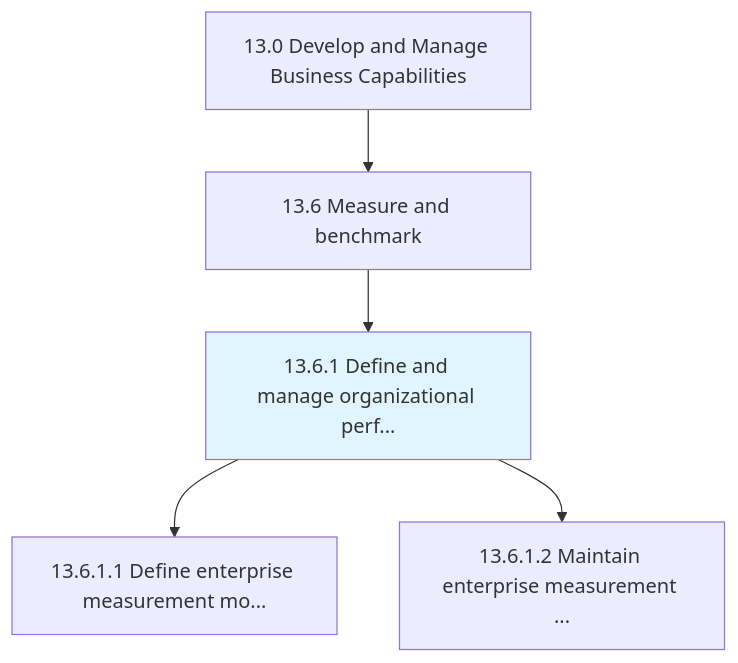
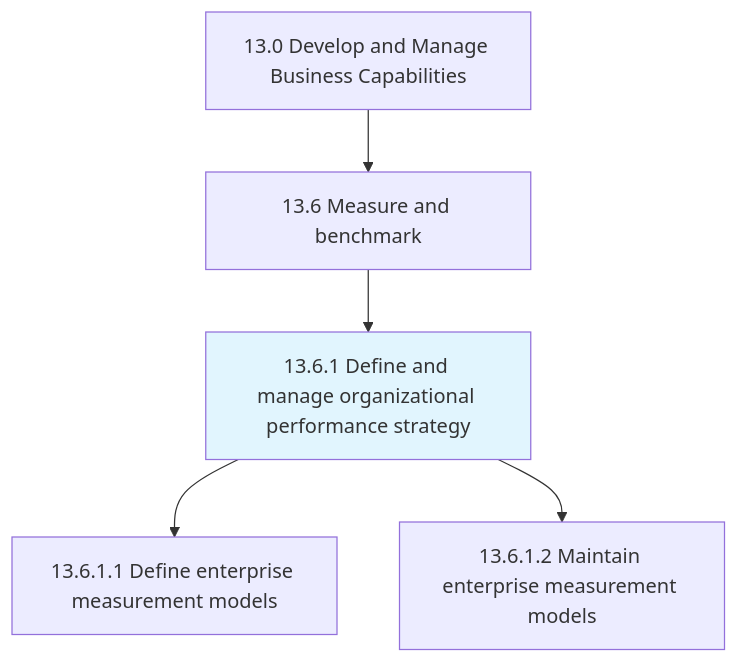
The first of 2 diagrams in processes/13-Capabilities/13.6-MeasureBenchmark/13.6.1-DefineManageOrganizationalPerformance/index.mdx (kziemski/business.org.ai), drawn with Mermaid before and after one commit. The commit also changed other lines of this file and 885 other files, not shown here.

````diff
--- a/processes/13-Capabilities/13.6-MeasureBenchmark/13.6.1-DefineManageOrganizationalPerformance/index.mdx
+++ b/processes/13-Capabilities/13.6-MeasureBenchmark/13.6.1-DefineManageOrganizationalPerformance/index.mdx
@@ -25,9 +27,9 @@
 ```mermaid
 graph TD
     C13["13.0 Develop and Manage Business Capabilities"]
     C13 --> N13_6["13.6 Measure and benchmark"]
-    N13_6 --> N13_6_1["13.6.1 Define and manage organizational perf..."]
+    N13_6 --> N13_6_1["13.6.1 Define and manage organizational performance strategy"]
     style N13_6_1 fill:#e1f5fe
-    N13_6_1 --> N13_6_1_1["13.6.1.1 Define enterprise measurement mo..."]
-    N13_6_1 --> N13_6_1_2["13.6.1.2 Maintain enterprise measurement ..."]
+    N13_6_1 --> N13_6_1_1["13.6.1.1 Define enterprise measurement models"]
+    N13_6_1 --> N13_6_1_2["13.6.1.2 Maintain enterprise measurement models"]
 ```
````
